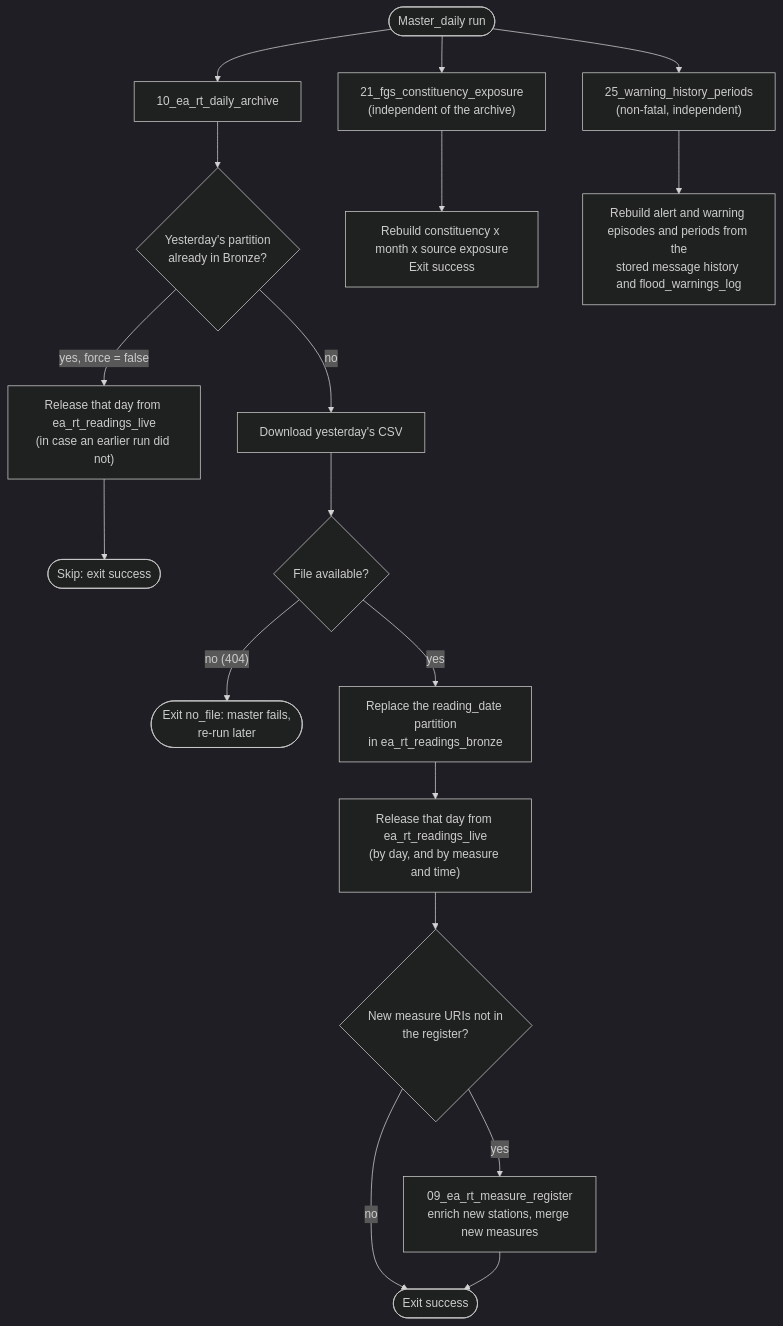
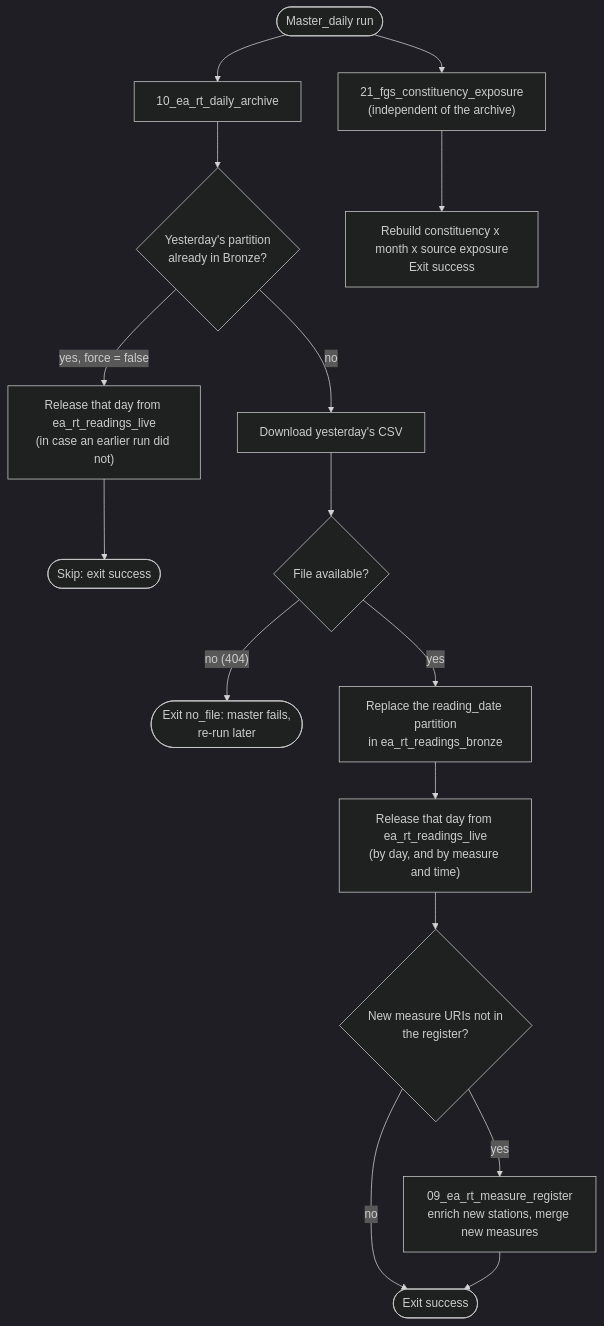
Before and after one commit to JonPayneEA/FGS_Notebooks: the fourth of 7 diagrams in README.md, drawn with Mermaid (dark theme). The commit also changed other lines of this file and 7 other files, not shown here.

First line of the commit message:
Warning history: run from Master_polling, skipping when fresh and the log is unchanged

````diff
--- a/README.md
+++ b/README.md
@@ -406,20 +406,18 @@
 ```mermaid
 flowchart TD
     A["10_ea_rt_daily_archive"] --> B{"Yesterday's partition<br/>already in Bronze?"}
     B -- "yes, force = false" --> R0["Release that day from ea_rt_readings_live<br/>(in case an earlier run did not)"]
     R0 --> Z(["Skip: exit success"])
     B -- no --> C["Download yesterday's CSV"]
     C --> D{"File available?"}
     D -- "no (404)" --> X(["Exit no_file: master fails,<br/>re-run later"])
     D -- yes --> E["Replace the reading_date partition<br/>in ea_rt_readings_bronze"]
     E --> R["Release that day from ea_rt_readings_live<br/>(by day, and by measure and time)"]
     R --> F{"New measure URIs not in<br/>the register?"}
     F -- no --> Z2(["Exit success"])
     F -- yes --> G["09_ea_rt_measure_register<br/>enrich new stations, merge new measures"]
     G --> Z2
     M(["Master_daily run"]) --> A
     M --> X1["21_fgs_constituency_exposure<br/>(independent of the archive)"]
     X1 --> X2["Rebuild constituency x month x source exposure<br/>Exit success"]
-    M --> W1["25_warning_history_periods<br/>(non-fatal, independent)"]
-    W1 --> W2["Rebuild alert and warning episodes and periods from the<br/>stored message history and flood_warnings_log"]
 ```
````
